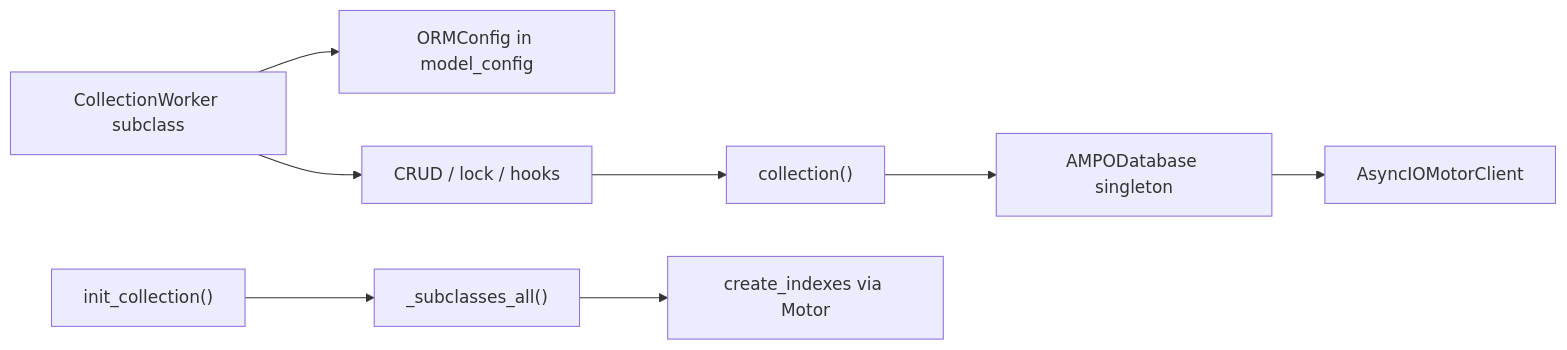
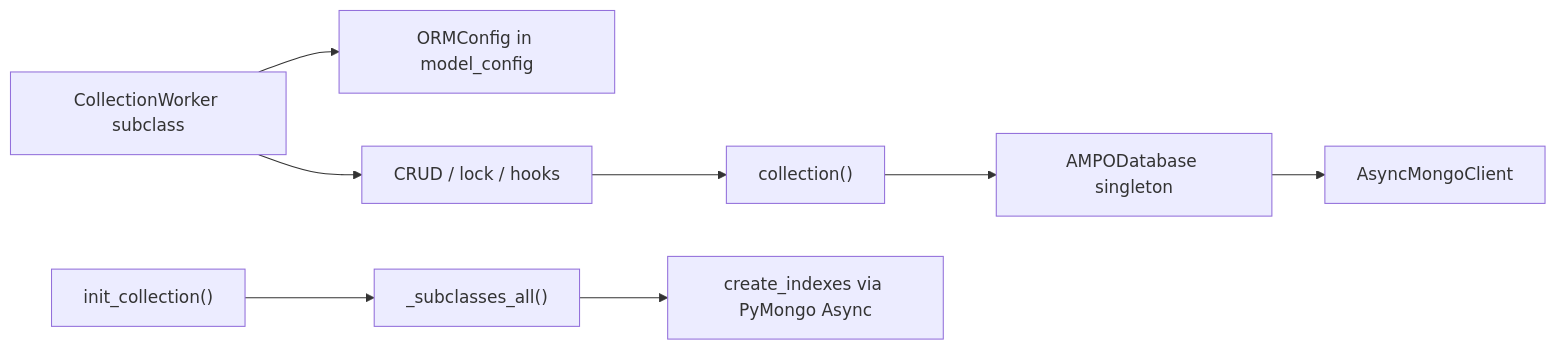
The diagram in AGENTS.md (shizacat/ampo), drawn with Mermaid before and after one commit. The commit also changed other lines of this file and 11 other files, not shown here.

````diff
--- a/AGENTS.md
+++ b/AGENTS.md
@@ -35,10 +36,10 @@
 ```mermaid
 flowchart LR
   Model["CollectionWorker subclass"] --> CFG["ORMConfig in model_config"]
   Model --> CW["CRUD / lock / hooks"]
   CW --> Coll["collection()"]
   Coll --> DB["AMPODatabase singleton"]
-  DB --> Motor["AsyncIOMotorClient"]
+  DB --> Client["AsyncMongoClient"]
   Init["init_collection()"] --> Sub["_subclasses_all()"]
-  Sub --> Indexes["create_indexes via Motor"]
+  Sub --> Indexes["create_indexes via PyMongo Async"]
 ```
````
